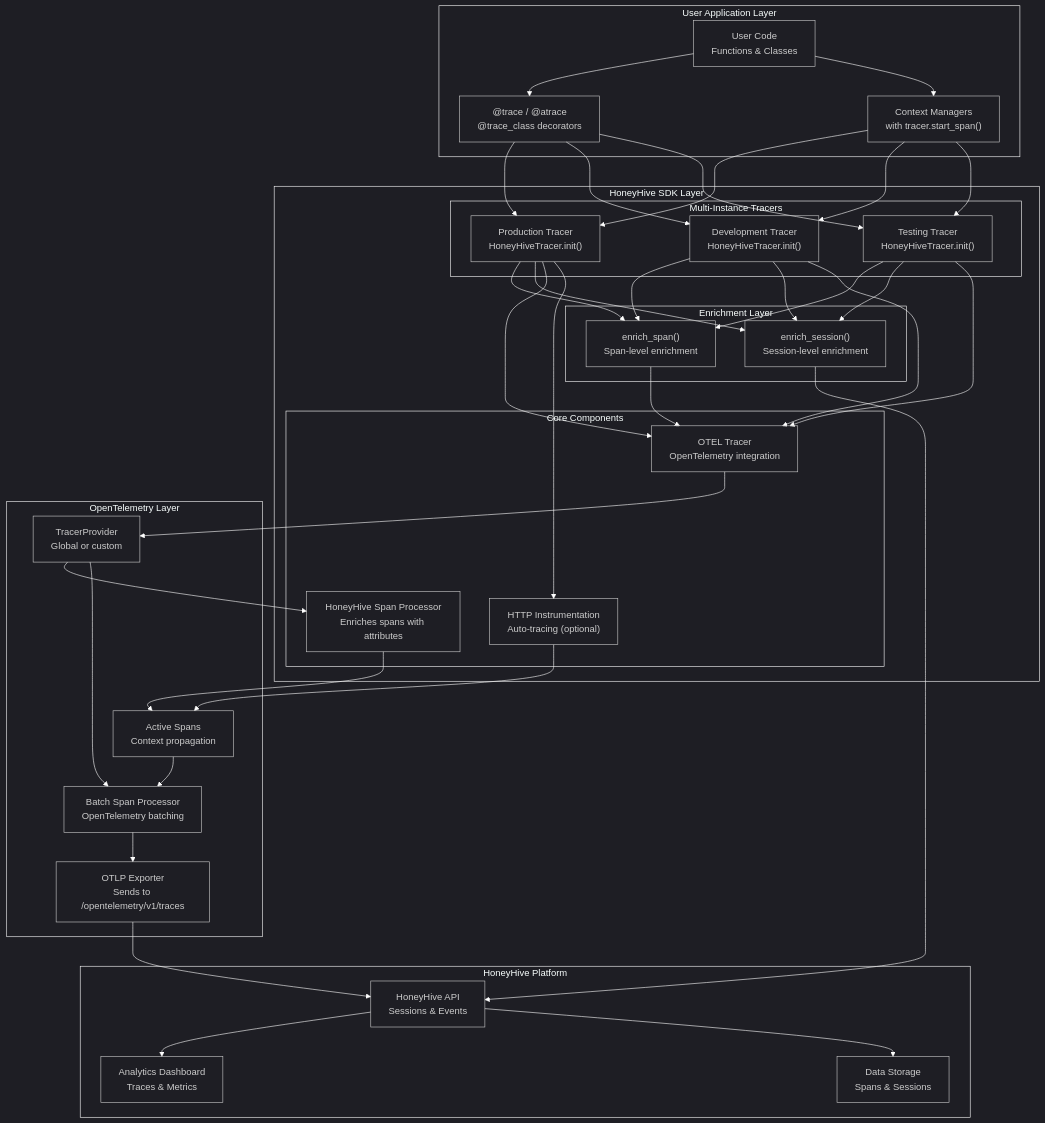
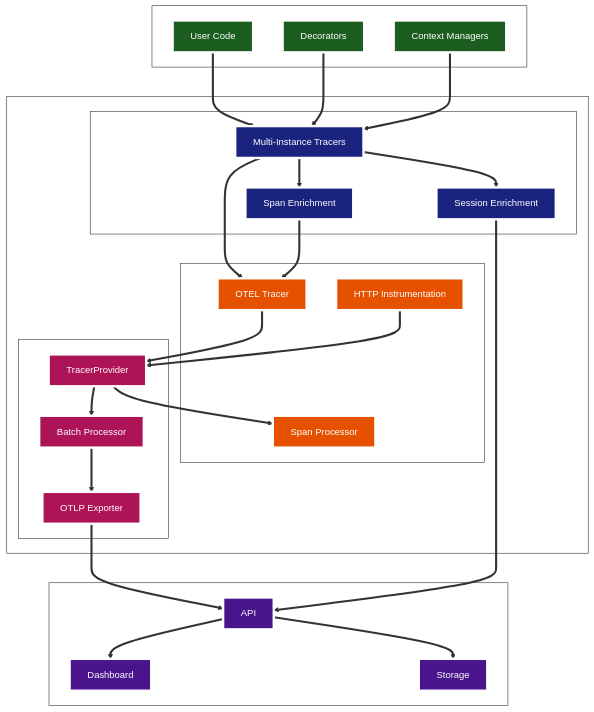
One commit to honeyhiveai/python-sdk changed the diagram in docs/tracer/index.rst. Above: the diagram before and after it, drawn with Mermaid. The commit also changed 4 other files, not shown here.

Commit message:
chore: update the mermaid standard to support both light and dark modes

```diff
--- a/docs/tracer/index.rst
+++ b/docs/tracer/index.rst
@@ -25,79 +25,69 @@
 .. mermaid::
 
-   %%{init: {'theme':'dark', 'themeVariables': {'darkMode': true, 'primaryColor': '#ffffff', 'primaryTextColor': '#ffffff', 'primaryBorderColor': '#ffffff', 'lineColor': '#ffffff', 'edgeLabelBackground': 'transparent', 'clusterBkg': 'transparent', 'clusterBorder': '#ffffff', 'mainBkg': 'transparent', 'secondBkg': 'transparent', 'tertiaryColor': 'transparent'}, 'flowchart': {'linkColor': '#ffffff', 'linkWidth': 4}}}%%
+   %%{init: {'theme':'base', 'themeVariables': {'primaryColor': '#4F81BD', 'primaryTextColor': '#333333', 'primaryBorderColor': '#333333', 'lineColor': '#333333', 'mainBkg': 'transparent', 'secondBkg': 'transparent', 'tertiaryColor': 'transparent', 'clusterBkg': 'transparent', 'clusterBorder': '#333333', 'edgeLabelBackground': 'transparent', 'background': 'transparent'}, 'flowchart': {'linkColor': '#333333', 'linkWidth': 2}}}%%
    graph TB
-       subgraph "User Application Layer"
-           UA["User Code<br/>Functions & Classes"]
-           DEC["@trace / @atrace<br/>@trace_class decorators"]
-           CTX["Context Managers<br/>with tracer.start_span()"]
+       subgraph "Application Layer"
+           UA[User Code]
+           DEC[Decorators]
+           CTX[Context Managers]
        end
        
-       subgraph "HoneyHive SDK Layer"
-           subgraph "Multi-Instance Tracers"
-               T1["Production Tracer<br/>HoneyHiveTracer.init()"]
-               T2["Development Tracer<br/>HoneyHiveTracer.init()"]
-               T3["Testing Tracer<br/>HoneyHiveTracer.init()"]
+       subgraph "HoneyHive SDK"
+           subgraph "Tracer Layer"
+               T[Multi-Instance Tracers]
+               ES[Span Enrichment]
+               ESS[Session Enrichment]
            end
            
-           subgraph "Enrichment Layer"
-               ES["enrich_span()<br/>Span-level enrichment"]
-               ESS["enrich_session()<br/>Session-level enrichment"]
+           subgraph "OpenTelemetry Layer"
+               OT[OTEL Tracer]
+               SP[Span Processor]
+               HTTP[HTTP Instrumentation]
            end
            
-           subgraph "Core Components"
-               OT["OTEL Tracer<br/>OpenTelemetry integration"]
-               SP["HoneyHive Span Processor<br/>Enriches spans with attributes"]
-               HTTP["HTTP Instrumentation<br/>Auto-tracing (optional)"]
+           subgraph "Export Layer"
+               TP[TracerProvider]
+               BSP[Batch Processor]
+               OTLP[OTLP Exporter]
            end
        end
        
-       subgraph "OpenTelemetry Layer"
-           TP["TracerProvider<br/>Global or custom"]
-           SPANS["Active Spans<br/>Context propagation"]
-           BSP["Batch Span Processor<br/>OpenTelemetry batching"]
-           OTLP["OTLP Exporter<br/>Sends to /opentelemetry/v1/traces"]
+       subgraph "HoneyHive Platform"
+           API[API]
+           DASH[Dashboard]
+           STORE[Storage]
        end
        
-       subgraph "HoneyHive Platform"
-           API["HoneyHive API<br/>Sessions & Events"]
-           DASH["Analytics Dashboard<br/>Traces & Metrics"]
-           STORE["Data Storage<br/>Spans & Sessions"]
-       end
+       UA ==> T
+       DEC ==> T
+       CTX ==> T
        
-       UA --> DEC
-       UA --> CTX
-       DEC --> T1
-       DEC --> T2
-       DEC --> T3
-       CTX --> T1
-       CTX --> T2
-       CTX --> T3
+       T ==> ES
+       T ==> ESS
+       T ==> OT
        
-       T1 --> ES
-       T2 --> ES
-       T3 --> ES
-       T1 --> ESS
-       T2 --> ESS
-       T3 --> ESS
+       ES ==> OT
+       OT ==> TP
+       HTTP ==> TP
        
-       ES --> OT
-       ESS --> API
+       TP ==> SP
+       TP ==> BSP
+       BSP ==> OTLP
        
-       T1 --> OT
-       T2 --> OT
-       T3 --> OT
+       OTLP ==> API
+       ESS ==> API
        
-       OT --> TP
-       T1 --> HTTP
+       API ==> DASH
+       API ==> STORE
        
-       TP --> SP
-       TP --> BSP
-       SP --> SPANS
-       HTTP --> SPANS
+       classDef userLayer fill:#1b5e20,stroke:#ffffff,stroke-width:4px,color:#ffffff
+       classDef tracerLayer fill:#1a237e,stroke:#ffffff,stroke-width:4px,color:#ffffff
+       classDef otelLayer fill:#e65100,stroke:#ffffff,stroke-width:4px,color:#ffffff
+       classDef exportLayer fill:#ad1457,stroke:#ffffff,stroke-width:4px,color:#ffffff
+       classDef platformLayer fill:#4a148c,stroke:#ffffff,stroke-width:4px,color:#ffffff
        
-       SPANS --> BSP
-       BSP --> OTLP
-       OTLP --> API
-       
-       API --> DASH
-       API --> STORE
+       class UA,DEC,CTX userLayer
+       class T,ES,ESS tracerLayer
+       class OT,SP,HTTP otelLayer
+       class TP,BSP,OTLP exportLayer
+       class API,DASH,STORE platformLayer
```
